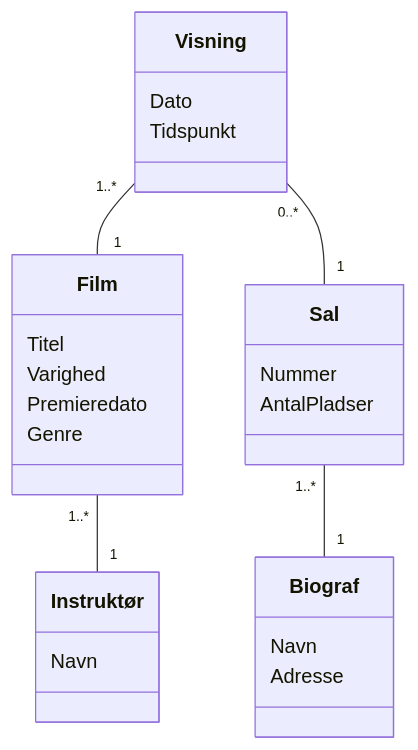
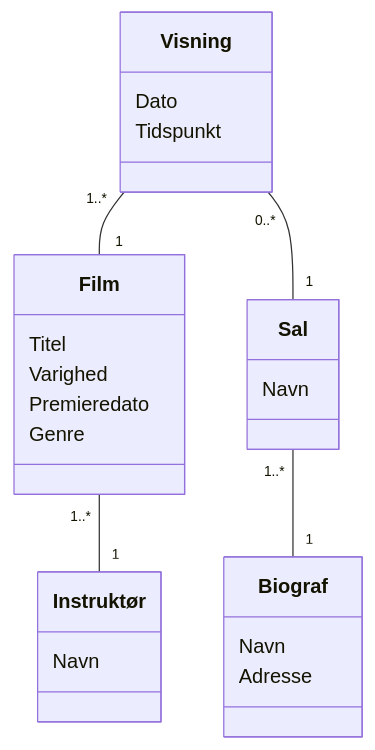
One commit to DMOoF25/TheMovie changed the diagram in docs/DomainModel-sprint2.mmd. Above: the diagram before and after it, drawn with Mermaid.

Commit message:
Change Nummer in sal to Navn

```diff
--- a/docs/DomainModel-sprint2.mmd
+++ b/docs/DomainModel-sprint2.mmd
@@ -1,31 +1,30 @@
 classDiagram
     class Film {
         Titel
         Varighed
         Premieredato
         Genre
     }
 
     class Instruktør {
         Navn
     }
 
     class Biograf {
         Navn
         Adresse
     }
 
     class Sal {
-        Nummer
-        AntalPladser
+        Navn
     }
 
     class Visning {
         Dato
         Tidspunkt
     }
    
     Film "1..*" -- "1" Instruktør
     Visning "1..*" -- "1" Film
     Visning "0..*" -- "1" Sal
     Sal "1..*" -- "1" Biograf
```
